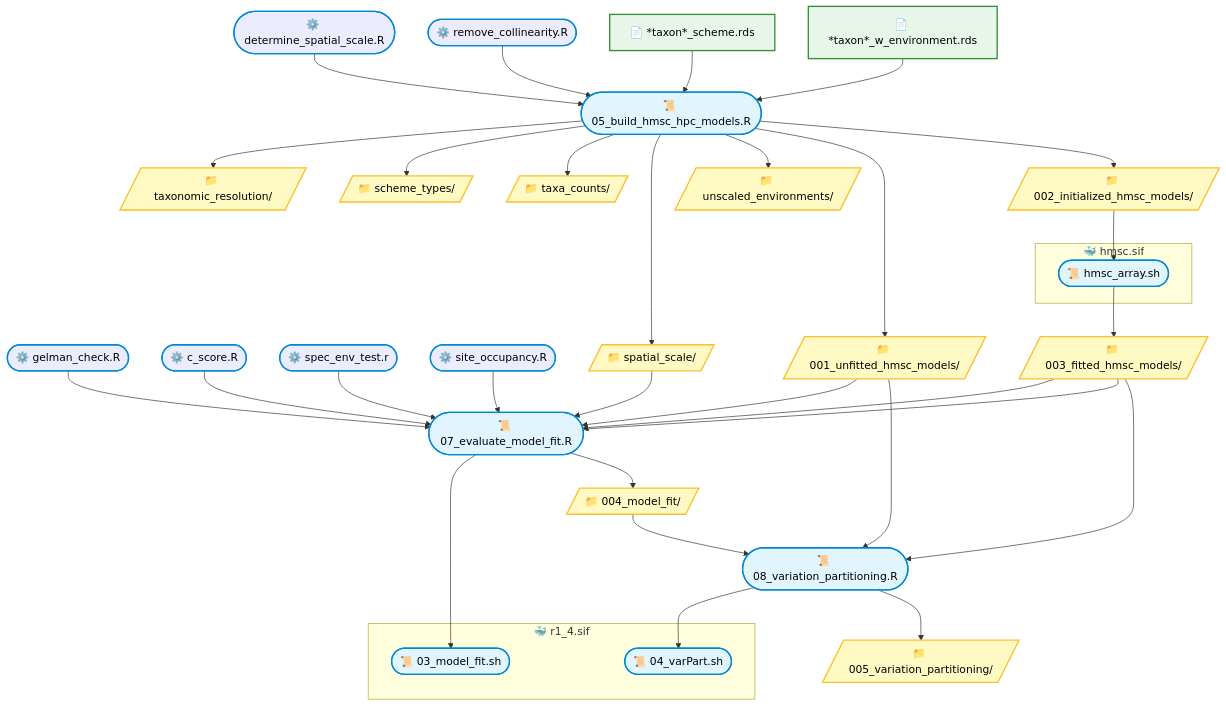
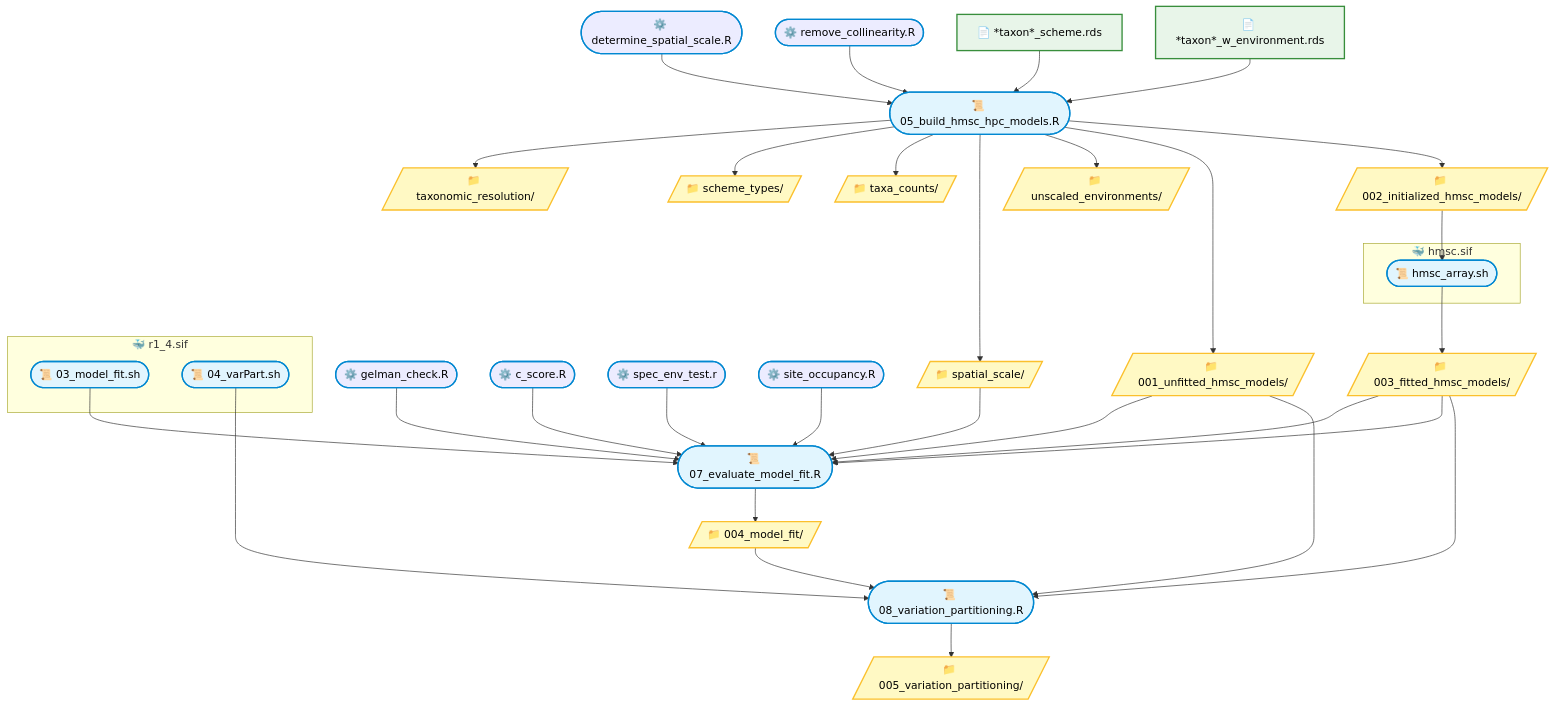
Before and after one commit to JonJup/FreshwaterTypologyBenchmarks: the diagram in docs/02_hmsc.md, drawn with Mermaid. The commit also changed other lines of this file, not shown here.

Commit message:
Update legend and adjust mermaid graph connections

````diff
--- a/docs/02_hmsc.md
+++ b/docs/02_hmsc.md
@@ -1,77 +9,76 @@
 ``` mermaid
 
 graph TD
     %% 1. Define custom colors for each type
     classDef script fill:#E1F5FE,stroke:#0288D1,stroke-width:2px,color:#000
     classDef helper fill:#A2G5FX,stroke:#0288D1,stroke-width:2px,color:#000
     classDef file fill:#E8F5E9,stroke:#388E3C,stroke-width:2px,color:#000
     classDef folder fill:#FFF9C4,stroke:#FBC02D,stroke-width:2px,color:#000
 
     %% 2. Define Scripts (Stadium shape)
     S1(["⚙️ determine_spatial_scale.R"]):::helper
     S2(["⚙️ remove_collinearity.R"]):::helper
     S3(["📜 05_build_hmsc_hpc_models.R"]):::script
     subgraph ContainerB ["🐳 hmsc.sif"]
 	    S4(["📜 hmsc_array.sh"]):::script
 	end
 	subgraph ContainerA ["🐳 r1_4.sif"]
 		S5(["📜 03_model_fit.sh"]):::script
 		S6(["📜 04_varPart.sh"]):::script
 	end
 	S7(["📜 07_evaluate_model_fit.R"]):::script
 	S8(["📜 08_variation_partitioning.R"]):::script
 	S9(["⚙️ gelman_check.R"]):::helper 
     S10(["⚙️ c_score.R"]):::helper 
     S11(["⚙️ spec_env_test.r"]):::helper 
     S12(["⚙️ site_occupancy.R"]):::helper 
 	
     %% 3. Define Files (Standard rectangle)
     F1["📄 *taxon*_scheme.rds"]:::file
     F2["📄 *taxon*_w_environment.rds"]:::file
 
     %% 4. Define Folders (Trapezoid shape)
     D1[/"📁 taxonomic_resolution/"/]:::folder
     D2[/"📁 scheme_types/"/]:::folder
     D3[/"📁 taxa_counts/"/]:::folder
     D4[/"📁 spatial_scale/"/]:::folder
     D5[/"📁 unscaled_environments/"/]:::folder
     D6[/"📁 001_unfitted_hmsc_models/"/]:::folder
     D7[/"📁 002_initialized_hmsc_models/"/]:::folder
 	D8[/"📁 003_fitted_hmsc_models/"/]:::folder
 	D9[/"📁 004_model_fit/"/]:::folder
 	D10[/"📁 005_variation_partitioning/"/]:::folder
 	
     %% 5. Draw the connections
     S1 --> S3
     S2 --> S3
     F1 --> S3
     F2 --> S3
 	D7 --> S4	
 	D8 --> S7
     D6 --> S7
     D8 --> S7	
     D6 --> S8
     D4 --> S7
     D8 --> S8
 	D9 --> S8
     
-    
-	S7 --> S5    
-    S8 --> S6
+    S5 --> S7
+	S6 --> S8    
     S3 --> D1
     S3 --> D2
     S3 --> D3
     S3 --> D4
     S3 --> D5
     S3 --> D6
     S3 --> D7
 	S4 --> D8
 	S7 --> D9
 	S8 --> D10
 	S9 -->  S7
 S10 --> S7 
 S11 --> S7 
 S12 --> S7 
 	
 	
 ```
````
